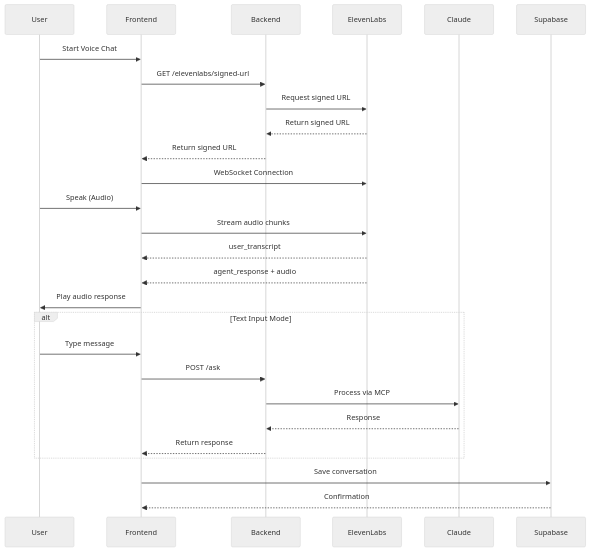
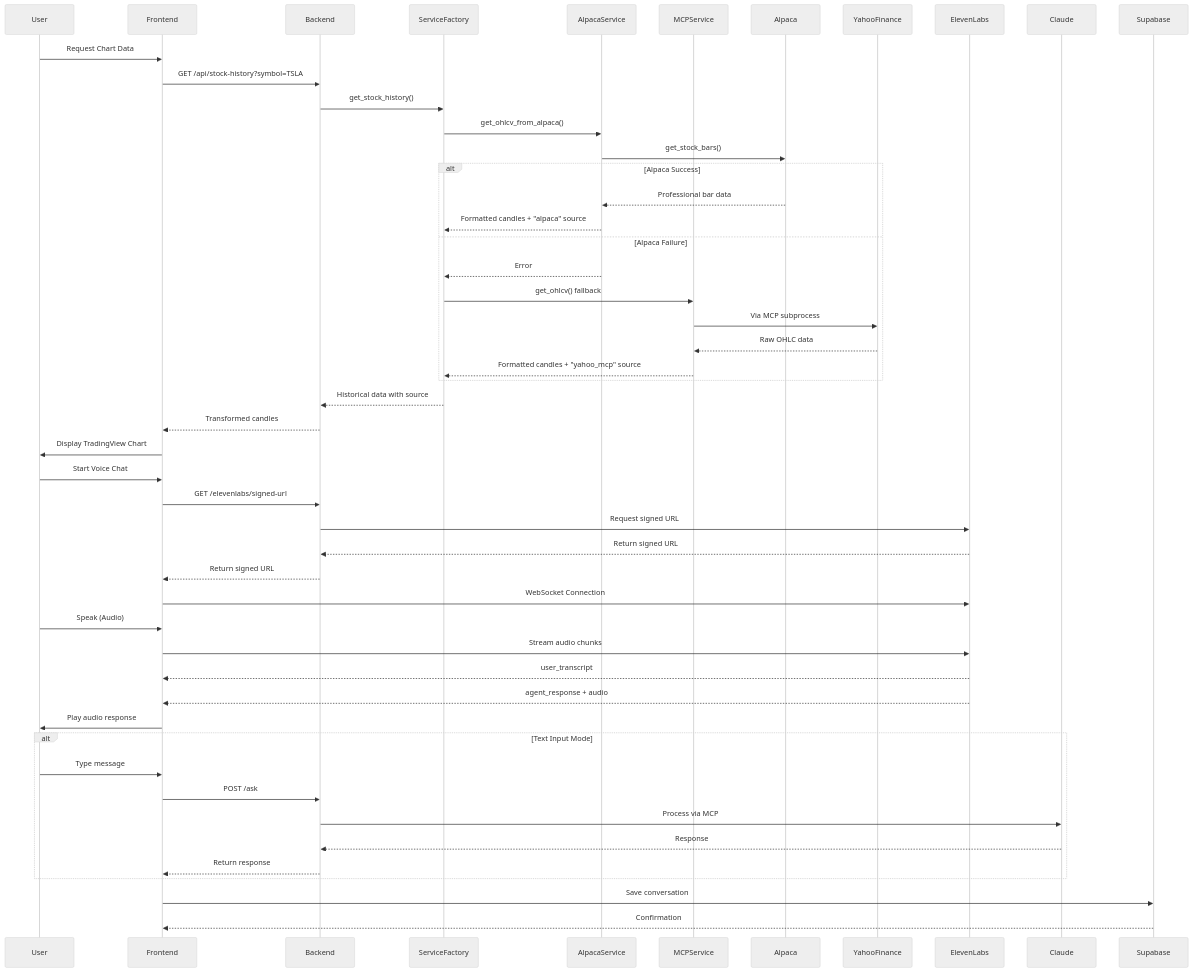
One commit to ChipsMetaverse/gvses-market-insights changed the fourth of 27 diagrams in mermaid.md. Above: the diagram before and after it, drawn with Mermaid (neutral theme). The commit also changed other lines of this file and 40 other files, not shown here.

First line of the commit message:
Integrate Alpaca Markets as primary data source with Yahoo fallback

````diff
--- a/mermaid.md
+++ b/mermaid.md
@@ -97,33 +148,60 @@
 ```mermaid
 sequenceDiagram
     participant User
     participant Frontend
     participant Backend
+    participant ServiceFactory
+    participant AlpacaService
+    participant MCPService
+    participant Alpaca
+    participant YahooFinance
     participant ElevenLabs
     participant Claude
     participant Supabase
+    
+    User->>Frontend: Request Chart Data
+    Frontend->>Backend: GET /api/stock-history?symbol=TSLA
+    Backend->>ServiceFactory: get_stock_history()
+    
+    ServiceFactory->>AlpacaService: get_ohlcv_from_alpaca()
+    AlpacaService->>Alpaca: get_stock_bars()
+    
+    alt Alpaca Success
+        Alpaca-->>AlpacaService: Professional bar data
+        AlpacaService-->>ServiceFactory: Formatted candles + "alpaca" source
+    else Alpaca Failure
+        AlpacaService-->>ServiceFactory: Error
+        ServiceFactory->>MCPService: get_ohlcv() fallback
+        MCPService->>YahooFinance: Via MCP subprocess
+        YahooFinance-->>MCPService: Raw OHLC data
+        MCPService-->>ServiceFactory: Formatted candles + "yahoo_mcp" source
+    end
+    
+    ServiceFactory-->>Backend: Historical data with source
+    Backend-->>Frontend: Transformed candles
+    Frontend->>User: Display TradingView Chart
     
     User->>Frontend: Start Voice Chat
     Frontend->>Backend: GET /elevenlabs/signed-url
     Backend->>ElevenLabs: Request signed URL
     ElevenLabs-->>Backend: Return signed URL
     Backend-->>Frontend: Return signed URL
     Frontend->>ElevenLabs: WebSocket Connection
     
     User->>Frontend: Speak (Audio)
     Frontend->>ElevenLabs: Stream audio chunks
     ElevenLabs-->>Frontend: user_transcript
     ElevenLabs-->>Frontend: agent_response + audio
     Frontend->>User: Play audio response
     
     alt Text Input Mode
         User->>Frontend: Type message
         Frontend->>Backend: POST /ask
         Backend->>Claude: Process via MCP
         Claude-->>Backend: Response
         Backend-->>Frontend: Return response
     end
     
     Frontend->>Supabase: Save conversation
     Supabase-->>Frontend: Confirmation
 ```
````
